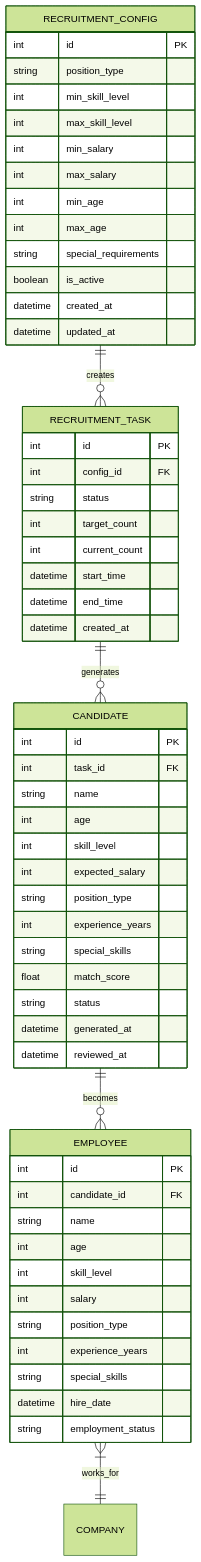
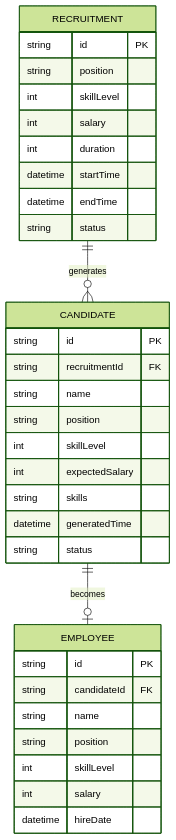
Before and after one commit to 1836047093/YCJY: the third of 3 diagrams in .trae/documents/人事中心自动化招聘功能技术架构文档.md, drawn with Mermaid (forest theme). The commit also changed other lines of this file and 35 other files, not shown here.

````diff
--- a/.trae/documents/人事中心自动化招聘功能技术架构文档.md
+++ b/.trae/documents/人事中心自动化招聘功能技术架构文档.md
@@ -48,63 +118,35 @@
 ```mermaid
 erDiagram
-    RECRUITMENT_CONFIG ||--o{ RECRUITMENT_TASK : creates
-    RECRUITMENT_TASK ||--o{ CANDIDATE : generates
-    CANDIDATE ||--o{ EMPLOYEE : becomes
-    EMPLOYEE }|--|| COMPANY : works_for
-
-    RECRUITMENT_CONFIG {
-        int id PK
-        string position_type
-        int min_skill_level
-        int max_skill_level
-        int min_salary
-        int max_salary
-        int min_age
-        int max_age
-        string special_requirements
-        boolean is_active
-        datetime created_at
-        datetime updated_at
+    RECRUITMENT ||--o{ CANDIDATE : generates
+    CANDIDATE ||--o| EMPLOYEE : becomes
+    RECRUITMENT {
+        string id PK
+        string position
+        int skillLevel
+        int salary
+        int duration
+        datetime startTime
+        datetime endTime
+        string status
     }
-    
-    RECRUITMENT_TASK {
-        int id PK
-        int config_id FK
+    CANDIDATE {
+        string id PK
+        string recruitmentId FK
+        string name
+        string position
+        int skillLevel
+        int expectedSalary
+        string skills
+        datetime generatedTime
         string status
-        int target_count
-        int current_count
-        datetime start_time
-        datetime end_time
-        datetime created_at
     }
-    
-    CANDIDATE {
-        int id PK
-        int task_id FK
+    EMPLOYEE {
+        string id PK
+        string candidateId FK
         string name
-        int age
-        int skill_level
-        int expected_salary
-        string position_type
-        int experience_years
-        string special_skills
-        float match_score
-        string status
-        datetime generated_at
-        datetime reviewed_at
-    }
-    
-    EMPLOYEE {
-        int id PK
-        int candidate_id FK
-        string name
-        int age
-        int skill_level
+        string position
+        int skillLevel
         int salary
-        string position_type
-        int experience_years
-        string special_skills
-        datetime hire_date
-        string employment_status
+        datetime hireDate
     }
 ```
````
